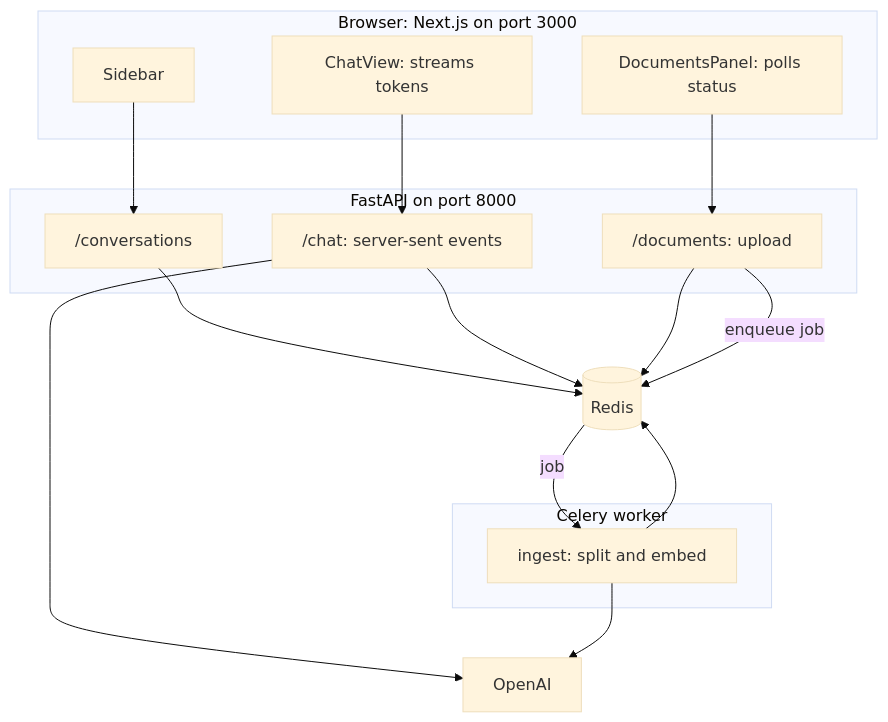
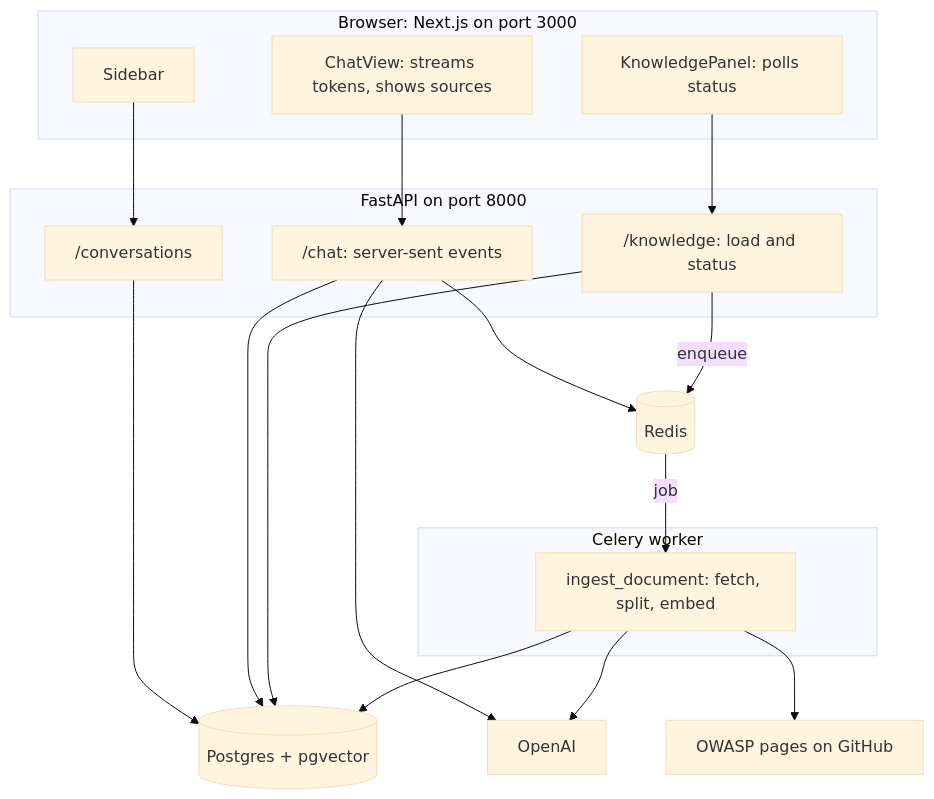
Before and after one commit to Thommans-Playground/coursera-IBM-RAG-Agentic-AI-Professional-Certificate: the first of 2 diagrams in course2/fullstack-chat/README.md, drawn with Mermaid (base theme). The commit also changed other lines of this file and 33 other files, not shown here.

````diff
--- a/course2/fullstack-chat/README.md
+++ b/course2/fullstack-chat/README.md
@@ -41,24 +47,27 @@
 ```mermaid
 flowchart TB
     subgraph Browser["Browser: Next.js on port 3000"]
         SB["Sidebar"]
-        CV["ChatView: streams tokens"]
-        DP["DocumentsPanel: polls status"]
+        CV["ChatView: streams tokens, shows sources"]
+        KP["KnowledgePanel: polls status"]
     end
     subgraph API["FastAPI on port 8000"]
         CO["/conversations"]
         CH["/chat: server-sent events"]
-        DO["/documents: upload"]
+        KN["/knowledge: load and status"]
     end
     subgraph Worker["Celery worker"]
-        IN["ingest: split and embed"]
+        IN["ingest_document: fetch, split, embed"]
     end
-    R[("Redis")]
-    SB --> CO --> R
-    CV --> CH --> R
-    DP --> DO --> R
-    DO -->|"enqueue job"| R
-    R -->|"job"| IN --> R
+    PG[("Postgres + pgvector")]
+    RD[("Redis")]
+    SB --> CO --> PG
+    CV --> CH --> PG
+    CH --> RD
+    KP --> KN --> PG
+    KN -->|"enqueue"| RD
+    RD -->|"job"| IN --> PG
     CH --> M["OpenAI"]
     IN --> M
+    IN --> GH["OWASP pages on GitHub"]
 ```
````
